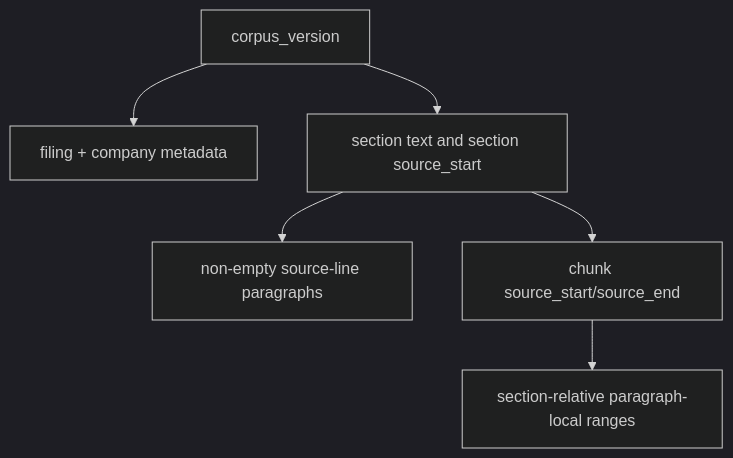
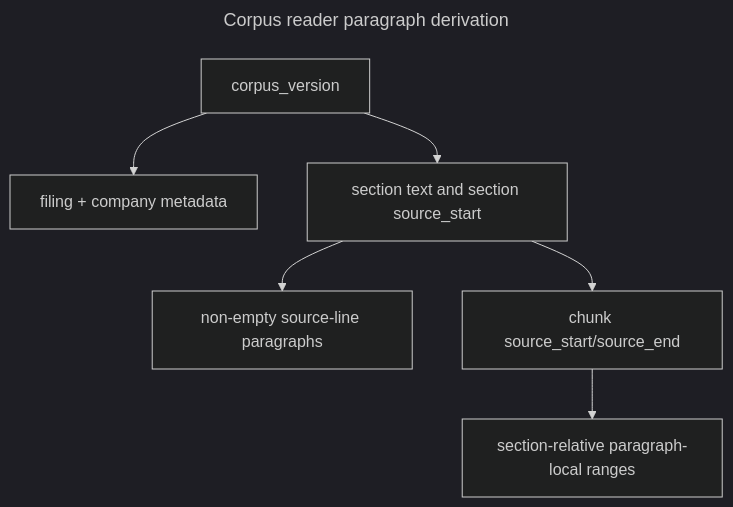
One commit to hongchit/sec-filing-rag-poc changed the second of 2 diagrams in docs/database-schema.md. Above: the diagram before and after it, drawn with Mermaid (dark theme). The commit also changed other lines of this file and 43 other files, not shown here.

````diff
--- a/docs/database-schema.md
+++ b/docs/database-schema.md
@@ -104,8 +107,11 @@
 ```mermaid
+---
+title: Corpus reader paragraph derivation
+---
 flowchart TD
   CV[corpus_version] --> F[filing + company metadata]
   CV --> S[section text and section source_start]
   S --> P[non-empty source-line paragraphs]
   S --> C[chunk source_start/source_end]
   C --> H[section-relative paragraph-local ranges]
 ```
````
